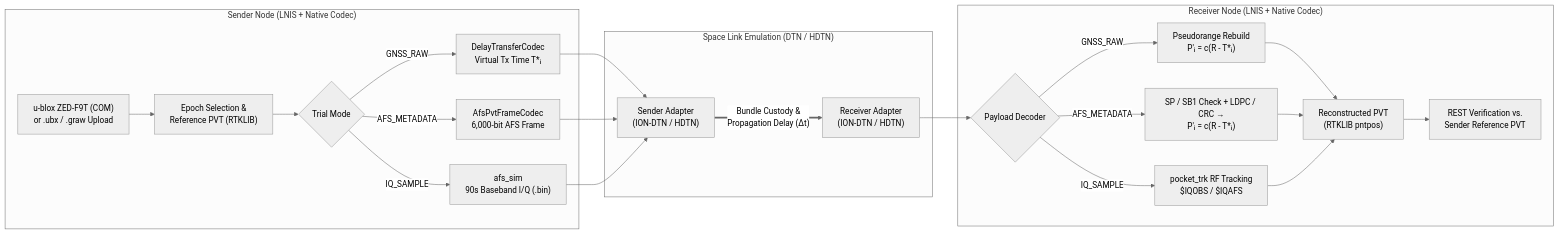
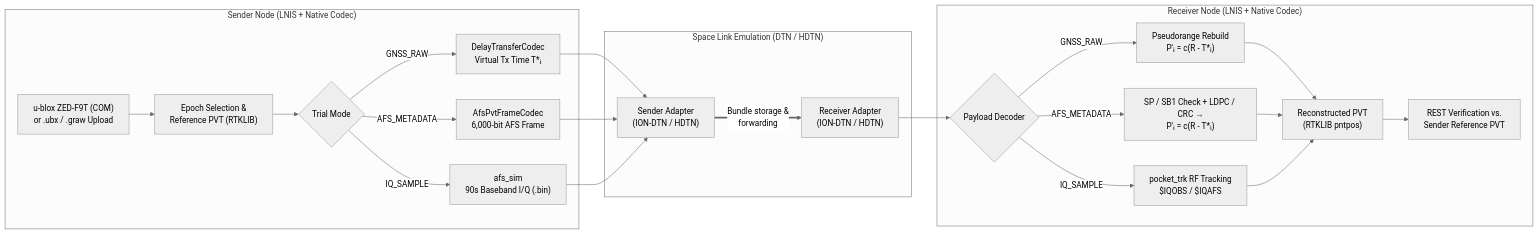
The diagram in README.md (kjsu1994/imt-lnis), drawn with Mermaid (neutral theme) before and after one commit. The commit also changed other lines of this file and 19 other files, not shown here.

````diff
--- a/README.md
+++ b/README.md
@@ -59,24 +59,24 @@
 ```mermaid
 flowchart LR
   subgraph Sender["Sender Node (LNIS + Native Codec)"]
     A["u-blox ZED-F9T (COM)<br/>or .ubx / .graw Upload"] --> B["Epoch Selection &<br/>Reference PVT (RTKLIB)"]
     B --> C{"Trial Mode"}
     C -->|GNSS_RAW| D1["DelayTransferCodec<br/>Virtual Tx Time T*ᵢ"]
     C -->|AFS_METADATA| D2["AfsPvtFrameCodec<br/>6,000-bit AFS Frame"]
     C -->|IQ_SAMPLE| D3["afs_sim<br/>90s Baseband I/Q (.bin)"]
   end
 
   subgraph Network["Space Link Emulation (DTN / HDTN)"]
     D1 & D2 & D3 --> E["Sender Adapter<br/>(ION-DTN / HDTN)"]
-    E ==>|"Bundle Custody &<br/>Propagation Delay (Δt)"| F["Receiver Adapter<br/>(ION-DTN / HDTN)"]
+    E ==>|"Bundle storage &<br/>forwarding"| F["Receiver Adapter<br/>(ION-DTN / HDTN)"]
   end
 
   subgraph Receiver["Receiver Node (LNIS + Native Codec)"]
     F --> G{"Payload Decoder"}
     G -->|GNSS_RAW| H1["Pseudorange Rebuild<br/>P'ᵢ = c(R - T*ᵢ)"]
     G -->|AFS_METADATA| H2["SP / SB1 Check + LDPC / CRC →<br/>P'ᵢ = c(R - T*ᵢ)"]
     G -->|IQ_SAMPLE| H3["pocket_trk RF Tracking<br/>$IQOBS / $IQAFS"]
     H1 & H2 & H3 --> I["Reconstructed PVT<br/>(RTKLIB pntpos)"]
     I --> J["REST Verification vs.<br/>Sender Reference PVT"]
   end
 ```
````
